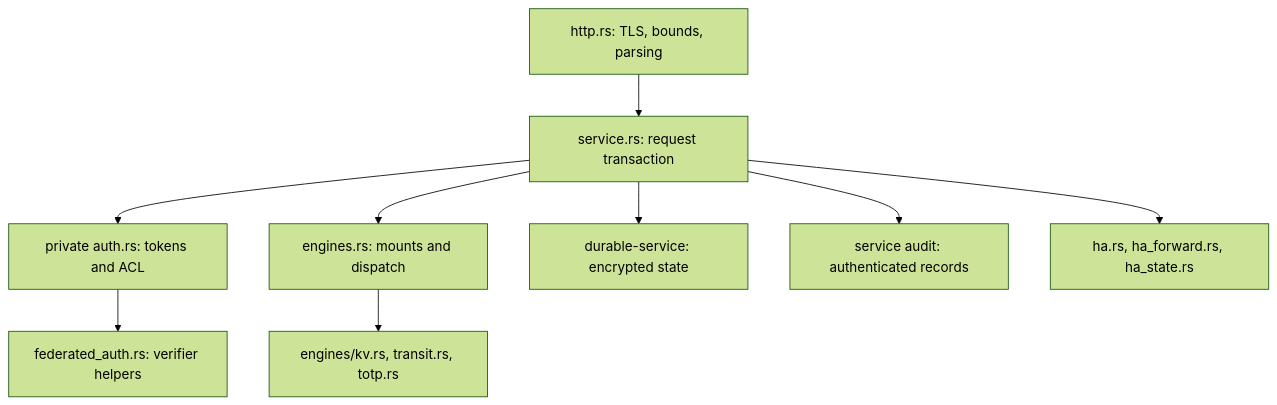
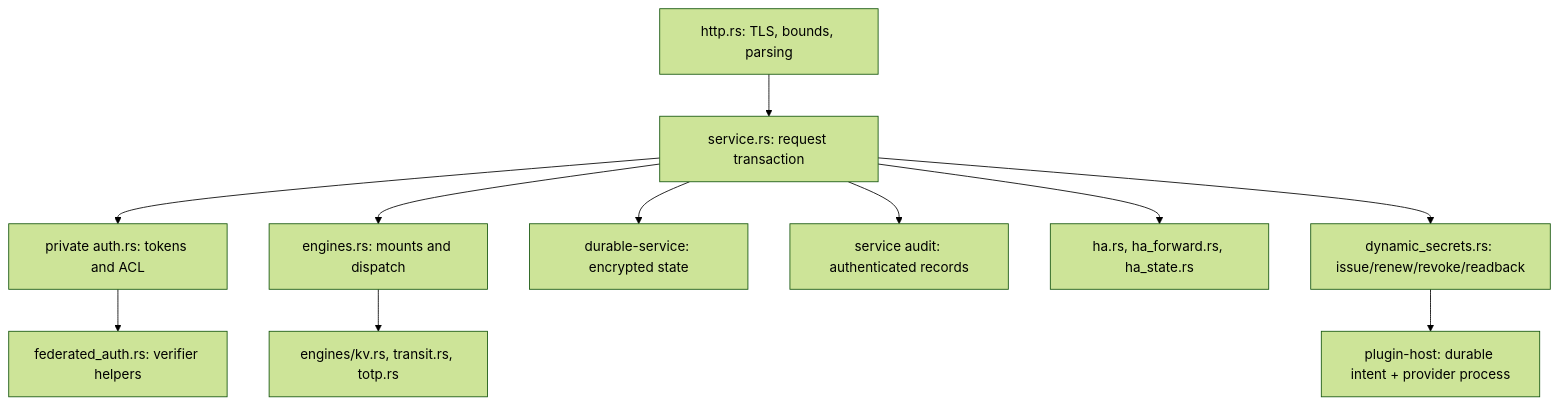
The second of 2 diagrams in docs/architecture/HEPTABAO_CURRENT_RUNTIME_ARCHITECTURE.md (TrillionniumFoundation/HeptaBao), drawn with Mermaid (forest theme) before and after one commit. The commit also changed other lines of this file, not shown here.

Commit message:
map dynamic lease runtime dependencies and state owner

````diff
--- a/docs/architecture/HEPTABAO_CURRENT_RUNTIME_ARCHITECTURE.md
+++ b/docs/architecture/HEPTABAO_CURRENT_RUNTIME_ARCHITECTURE.md
@@ -21,11 +27,13 @@
 ```mermaid
 flowchart TD
     Wire["http.rs: TLS, bounds, parsing"] --> Tx["service.rs: request transaction"]
     Tx --> Auth["private auth.rs: tokens and ACL"]
     Auth --> Login["federated_auth.rs: verifier helpers"]
     Tx --> Engines["engines.rs: mounts and dispatch"]
     Engines --> Backends["engines/kv.rs, transit.rs, totp.rs"]
     Tx --> Storage["durable-service: encrypted state"]
     Tx --> Audit["service audit: authenticated records"]
     Tx --> HA["ha.rs, ha_forward.rs, ha_state.rs"]
+    Tx --> Dynamic["dynamic_secrets.rs: issue/renew/revoke/readback"]
+    Dynamic --> Plugin["plugin-host: durable intent + provider process"]
 ```
````
